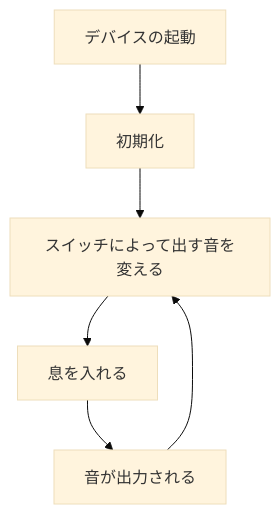
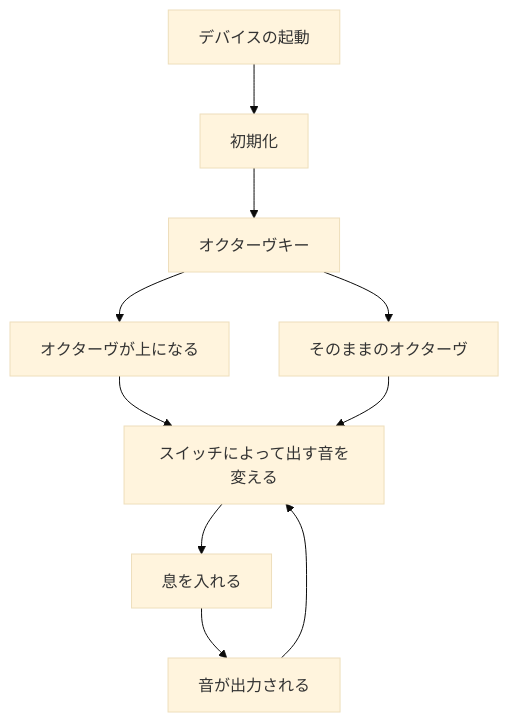
Before and after one commit to kudou917/musical_instrument: the diagram in readme.md, drawn with Mermaid (base theme).

Commit message:
更新

````diff
--- a/readme.md
+++ b/readme.md
@@ -7,8 +7,12 @@
 ```mermaid
 graph TD;
     デバイスの起動-->初期化;
-    初期化-->スイッチによって出す音を変える;
+    初期化-->オクターヴキー;
     息を入れる-->音が出力される;
     音が出力される-->スイッチによって出す音を変える;
-    スイッチによって出す音を変える-->息を入れる
+    スイッチによって出す音を変える-->息を入れる;
+    オクターヴキー-->オクターヴが上になる;
+    オクターヴキー-->そのままのオクターヴ
+    オクターヴが上になる-->スイッチによって出す音を変える;
+    そのままのオクターヴ-->スイッチによって出す音を変える;
 ```
````
